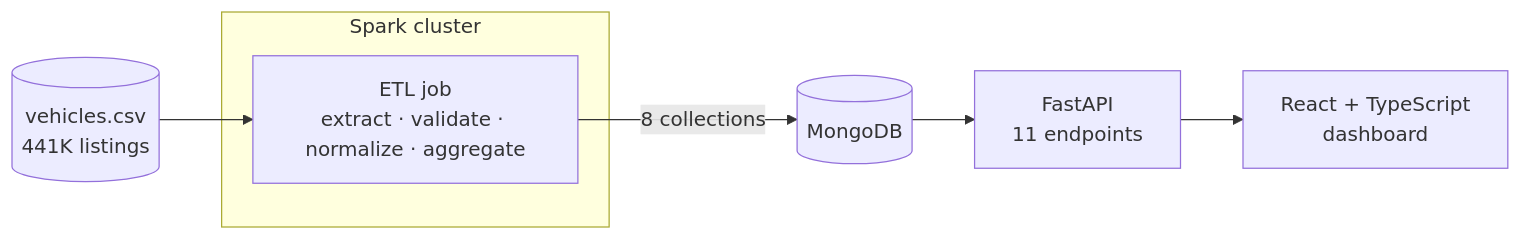
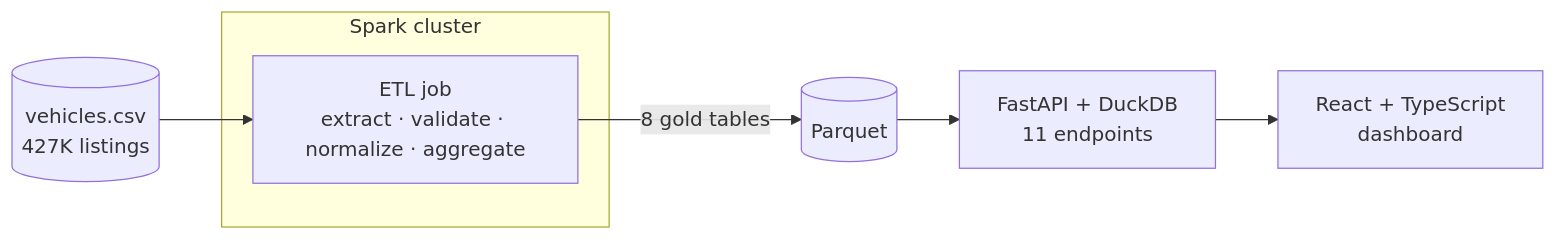
Before and after one commit to Erenriquezp/AutoInsights: the diagram in README.md, drawn with Mermaid. The commit also changed other lines of this file and 2 other files, not shown here.

Commit message:
docs: document the gold data model and update the README (AI-06)

````diff
--- a/README.md
+++ b/README.md
@@ -20,10 +20,10 @@
 ```mermaid
 flowchart LR
-    CSV[(vehicles.csv<br/>441K listings)] --> ETL
+    CSV[(vehicles.csv<br/>427K listings)] --> ETL
     subgraph Spark cluster
         ETL[ETL job<br/>extract · validate · normalize · aggregate]
     end
-    ETL -->|8 collections| DB[(MongoDB)]
-    DB --> API[FastAPI<br/>11 endpoints]
+    ETL -->|8 gold tables| GOLD[(Parquet)]
+    GOLD --> API[FastAPI + DuckDB<br/>11 endpoints]
     API --> UI[React + TypeScript<br/>dashboard]
 ```
````
